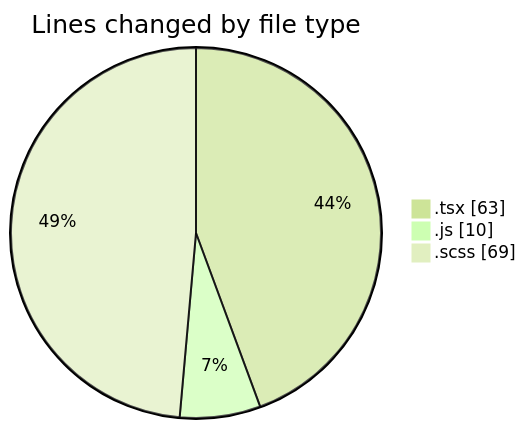
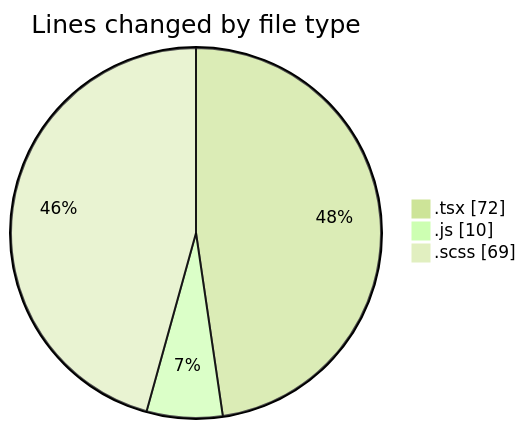
One commit to momahboobian/code-tracking changed the first of 2 diagrams in 2026-08-25/cda/README.md. Above: the diagram before and after it, drawn with Mermaid (forest theme). The commit also changed other lines of this file and 1 other file, not shown here.

````diff
--- a/2026-08-25/cda/README.md
+++ b/2026-08-25/cda/README.md
@@ -25,7 +25,7 @@
 ```mermaid
 pie showData
 title Lines changed by file type
-".tsx" : 63
+".tsx" : 72
 ".js" : 10
 ".scss" : 69
 ```
````
